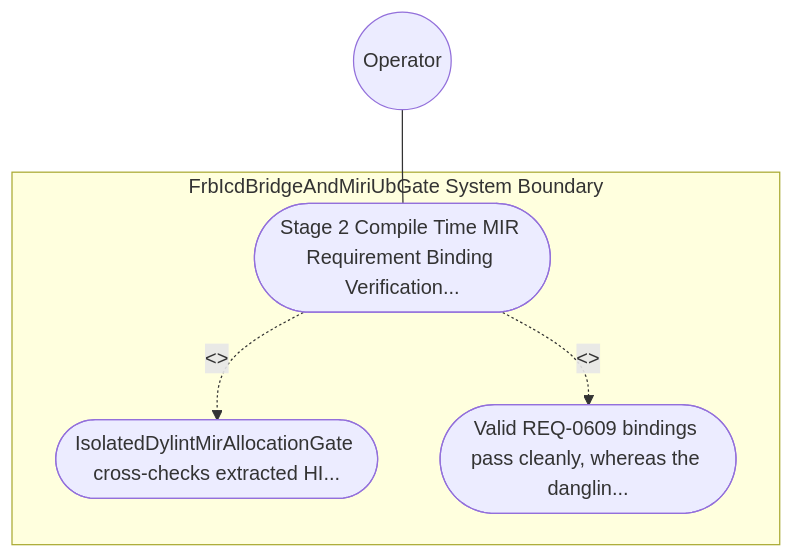
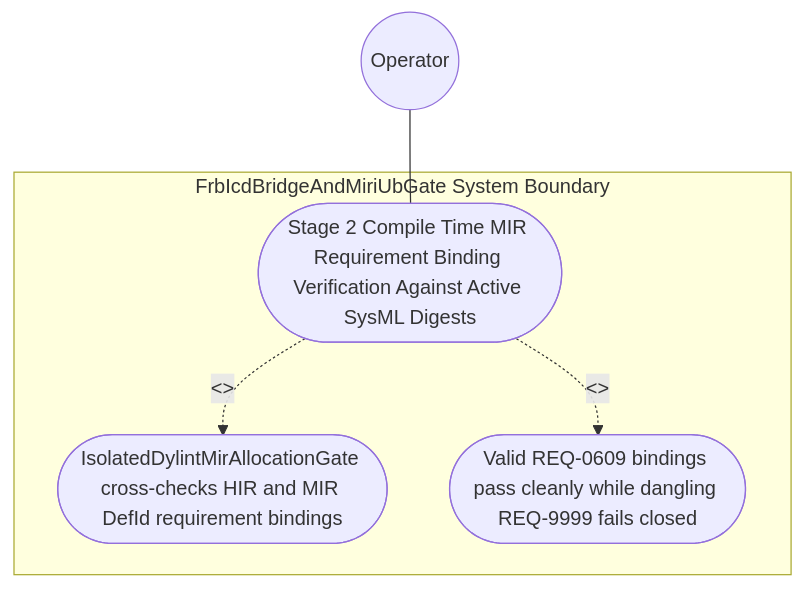
One commit to gintatkinson/DEAP01-spec-core changed the first of 2 diagrams in .pipeline/upstream/docs/use-cases/UC-47-Stage_2_Compile_Time_MIR_Requirement_Binding_Verification_Against_Active_SysML_Digests.md. Above: the diagram before and after it, drawn with Mermaid. The commit also changed other lines of this file and 225 other files, not shown here.

````diff
--- a/.pipeline/upstream/docs/use-cases/UC-47-Stage_2_Compile_Time_MIR_Requirement_Binding_Verification_Against_Active_SysML_Digests.md
+++ b/.pipeline/upstream/docs/use-cases/UC-47-Stage_2_Compile_Time_MIR_Requirement_Binding_Verification_Against_Active_SysML_Digests.md
@@ -16,11 +19,11 @@
 ```mermaid
 graph TD
     subgraph "FrbIcdBridgeAndMiriUbGate System Boundary"
-        UC_Main(["Stage 2 Compile Time MIR Requirement Binding Verification..."])
-        UC_Step01(["IsolatedDylintMirAllocationGate cross-checks extracted HI..."])
-        UC_Step02(["Valid REQ-0609 bindings pass cleanly, whereas the danglin..."])
+        UC_Main(["Stage 2 Compile Time MIR Requirement Binding Verification Against Active SysML Digests"])
+        UC_Step01(["IsolatedDylintMirAllocationGate cross-checks HIR and MIR DefId requirement bindings"])
+        UC_Step02(["Valid REQ-0609 bindings pass cleanly while dangling REQ-9999 fails closed"])
     end
     Operator(("Operator")) --- UC_Main
     UC_Main -. "<<include>>" .-> UC_Step01
     UC_Main -. "<<include>>" .-> UC_Step02
 ```
````
